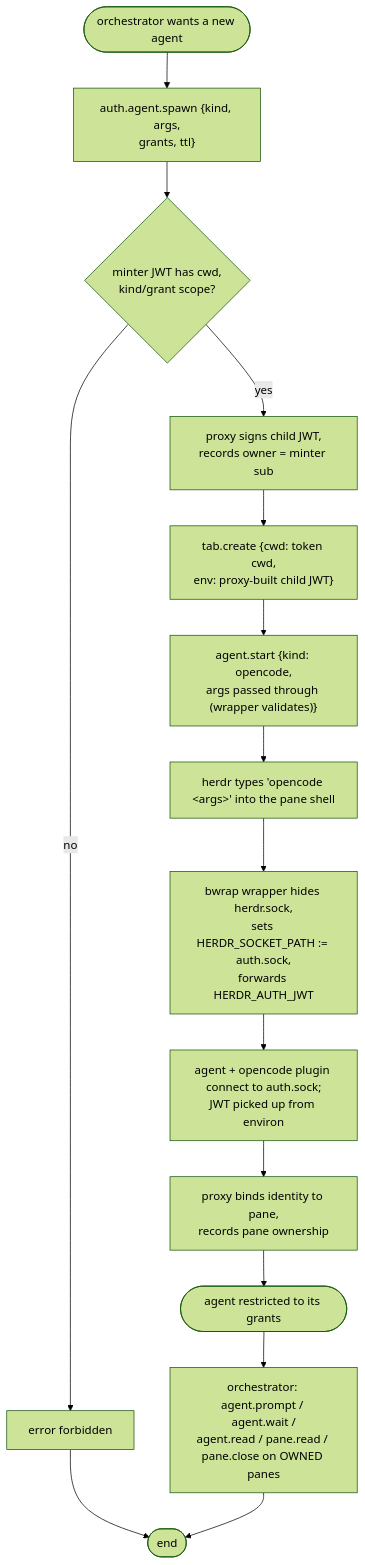
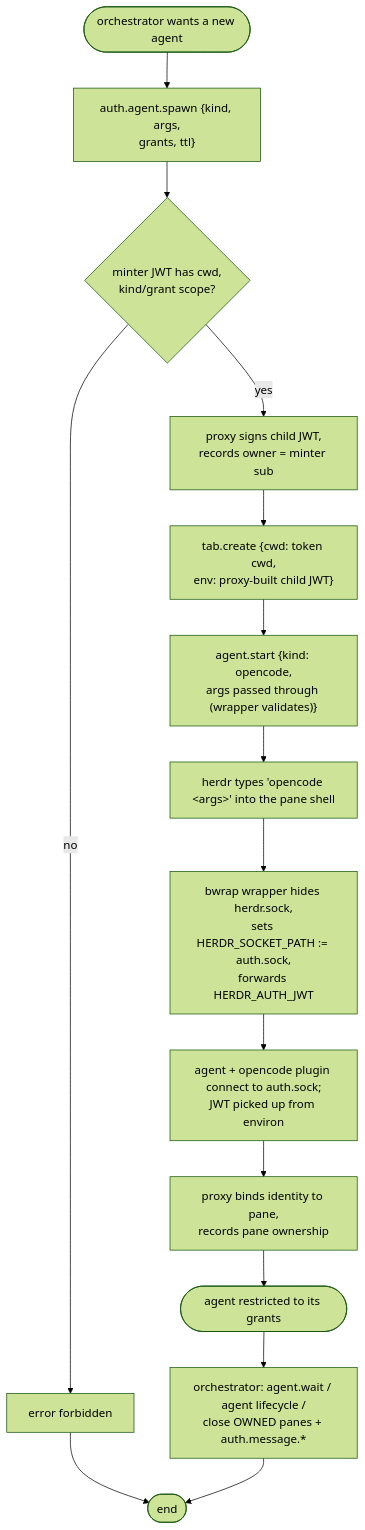
The third of 3 diagrams in ARCHITECTURE.md (butzist/herdr-auth-proxy), drawn with Mermaid (forest theme) before and after one commit. The commit also changed other lines of this file and 15 other files, not shown here.

````diff
--- a/ARCHITECTURE.md
+++ b/ARCHITECTURE.md
@@ -322,16 +322,16 @@
 ```mermaid
 flowchart TD
     S([orchestrator wants a new agent]) --> A0["auth.agent.spawn {kind, args,<br/>grants, ttl}"]
     A0 --> T2{minter JWT has cwd,<br/>kind/grant scope?}
     T2 -- no --> D1[error forbidden] --> X([end])
     T2 -- yes --> T3[proxy signs child JWT,<br/>records owner = minter sub]
     T3 --> P1["tab.create {cwd: token cwd,<br/>env: proxy-built child JWT}"]
     P1 --> P2["agent.start {kind: opencode,<br/>args passed through (wrapper validates)}"]
     P2 --> P3[herdr types 'opencode &lt;args&gt;' into the pane shell]
     P3 --> P4[bwrap wrapper hides herdr.sock,<br/>sets HERDR_SOCKET_PATH := auth.sock,<br/>forwards HERDR_AUTH_JWT]
     P4 --> P5[agent + opencode plugin connect to auth.sock;<br/>JWT picked up from environ]
     P5 --> P6[proxy binds identity to pane,<br/>records pane ownership]
     P6 --> D2([agent restricted to its grants])
-    D2 --> O1[orchestrator: agent.prompt / agent.wait /<br/>agent.read / pane.read / pane.close on OWNED panes]
+    D2 --> O1[orchestrator: agent.wait / agent lifecycle /<br/>close OWNED panes + auth.message.*]
     O1 --> X
 ```
````
